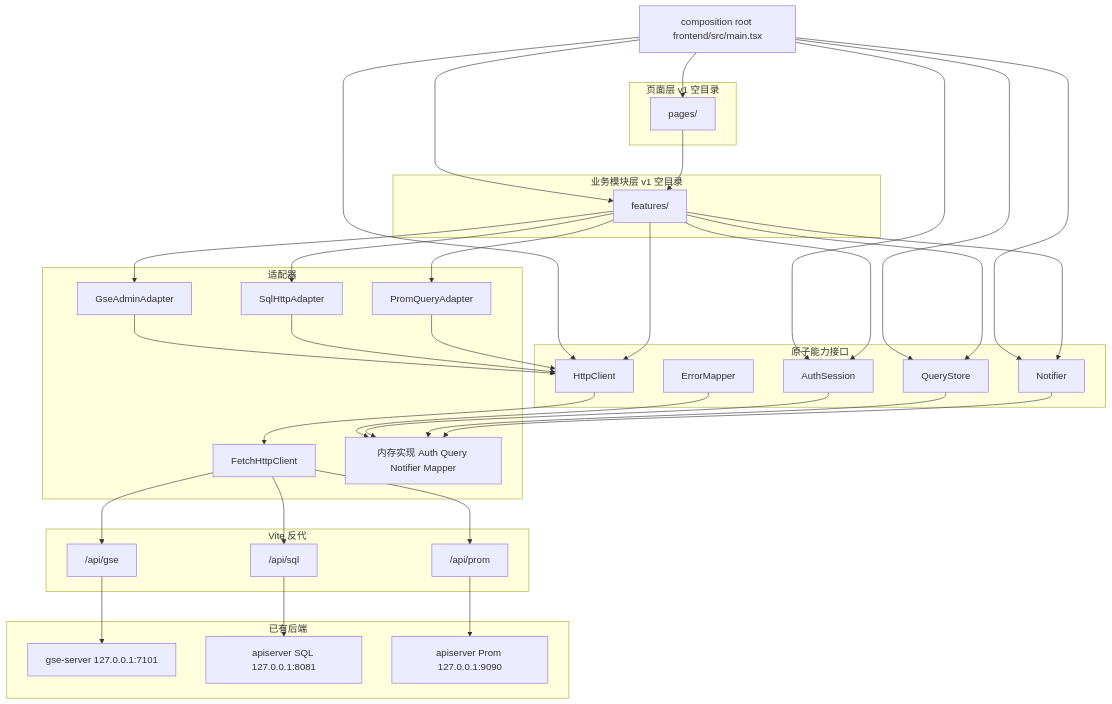
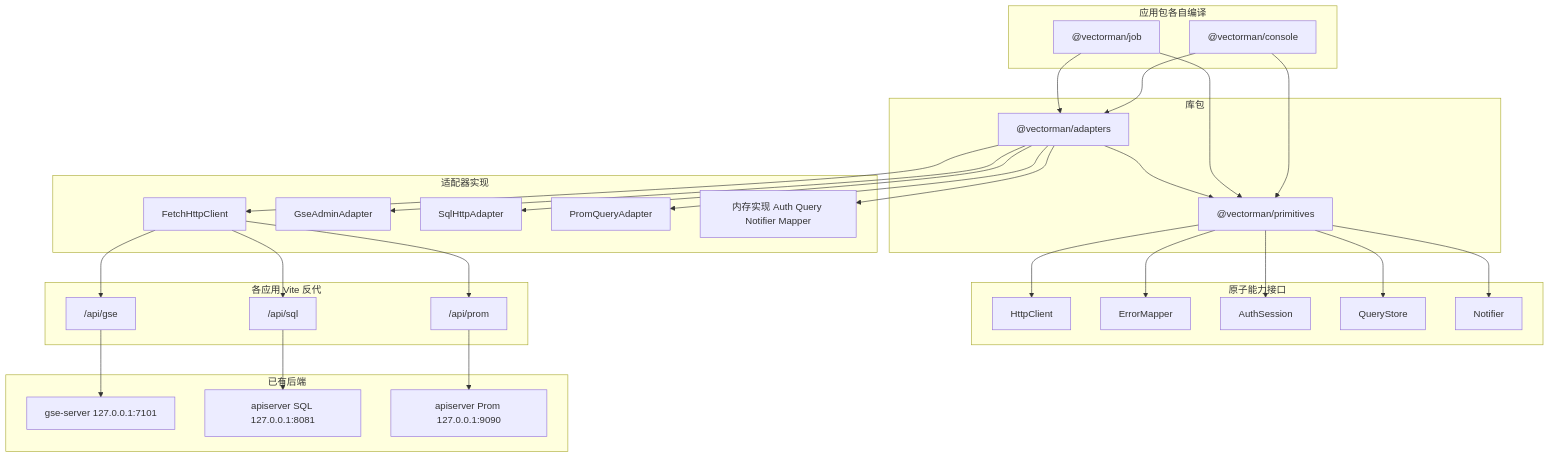
One commit to abrance/vectorman changed the diagram in .monkeycode/specs/frontend-layered-architecture/design.md. Above: the diagram before and after it, drawn with Mermaid. The commit also changed other lines of this file and 1 other file, not shown here.

First line of the commit message:
docs: 前端工作区拆成 primitives/adapters 与多应用包

````diff
--- a/.monkeycode/specs/frontend-layered-architecture/design.md
+++ b/.monkeycode/specs/frontend-layered-architecture/design.md
@@ -16,62 +18,56 @@
 ```mermaid
 graph TD
-    ROOT["composition root frontend/src/main.tsx"]
-    subgraph pages ["页面层 v1 空目录"]
-        PAGE["pages/"]
+    subgraph apps ["应用包各自编译"]
+        CONSOLE["@vectorman/console"]
+        JOB["@vectorman/job"]
     end
-    subgraph features ["业务模块层 v1 空目录"]
-        FEAT["features/"]
+    subgraph libs ["库包"]
+        PRIM["@vectorman/primitives"]
+        ADAPT["@vectorman/adapters"]
     end
     subgraph primitives ["原子能力接口"]
         HTTP["HttpClient"]
         MAP["ErrorMapper"]
         AUTH["AuthSession"]
         QS["QueryStore"]
         NOTE["Notifier"]
     end
-    subgraph adapters ["适配器"]
+    subgraph adapters ["适配器实现"]
         FETCH["FetchHttpClient"]
         GSE["GseAdminAdapter"]
         SQLA["SqlHttpAdapter"]
         PROMA["PromQueryAdapter"]
         MEM["内存实现 Auth Query Notifier Mapper"]
     end
-    subgraph proxy ["Vite 反代"]
+    subgraph proxy ["各应用 Vite 反代"]
         PGSE["/api/gse"]
         PSQL["/api/sql"]
         PPROM["/api/prom"]
     end
     subgraph backends ["已有后端"]
         GSEH["gse-server 127.0.0.1:7101"]
         SQLH["apiserver SQL 127.0.0.1:8081"]
         PROMH["apiserver Prom 127.0.0.1:9090"]
     end
-    ROOT --> PAGE
-    ROOT --> FEAT
-    ROOT --> HTTP
-    ROOT --> AUTH
-    ROOT --> QS
-    ROOT --> NOTE
-    PAGE --> FEAT
-    FEAT --> HTTP
-    FEAT --> AUTH
-    FEAT --> QS
-    FEAT --> NOTE
-    FEAT --> GSE
-    FEAT --> SQLA
-    FEAT --> PROMA
-    HTTP --> FETCH
-    MAP --> MEM
-    AUTH --> MEM
-    QS --> MEM
-    NOTE --> MEM
-    GSE --> HTTP
-    SQLA --> HTTP
-    PROMA --> HTTP
+    CONSOLE --> PRIM
+    CONSOLE --> ADAPT
+    JOB --> PRIM
+    JOB --> ADAPT
+    ADAPT --> PRIM
+    PRIM --> HTTP
+    PRIM --> MAP
+    PRIM --> AUTH
+    PRIM --> QS
+    PRIM --> NOTE
+    ADAPT --> FETCH
+    ADAPT --> GSE
+    ADAPT --> SQLA
+    ADAPT --> PROMA
+    ADAPT --> MEM
     FETCH --> PGSE
     FETCH --> PSQL
     FETCH --> PPROM
     PGSE --> GSEH
     PSQL --> SQLH
     PPROM --> PROMH
 ```
````
